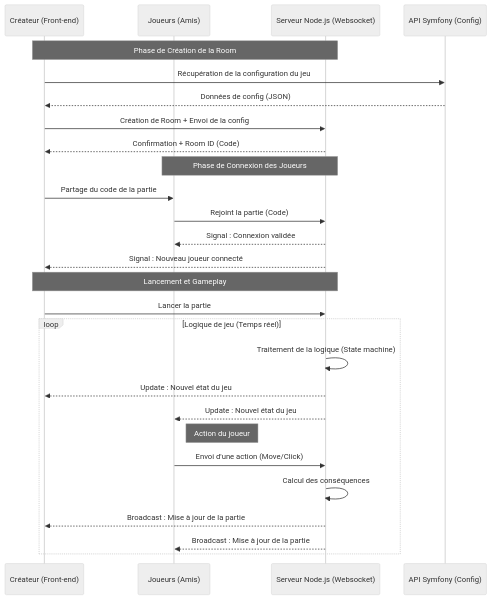
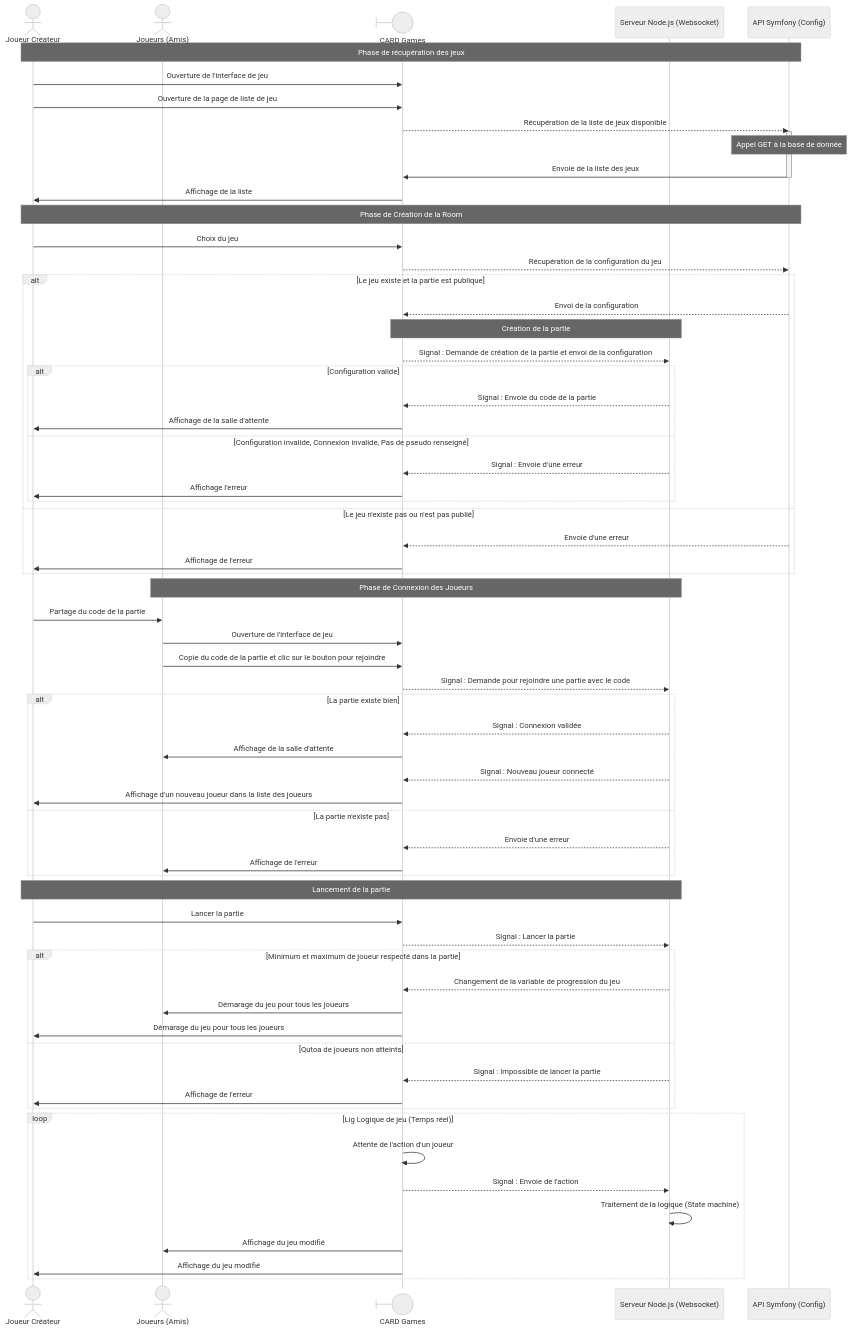
One commit to MeyDetour/CARDGames-front-end changed the diagram in player-app/README.md. Above: the diagram before and after it, drawn with Mermaid (neutral theme). The commit also changed 5 other files, not shown here.

Commit message:
feat: Enhance gameplay page structure, update card sorting functionality, and add Docker CI documentation (fixe #1)

````diff
--- a/player-app/README.md
+++ b/player-app/README.md
@@ -47,35 +47,70 @@
 ```mermaid
 sequenceDiagram
-    participant C as Créateur (Front-end)
-    participant J as Joueurs (Amis)
+    actor C as Joueur Créateur 
+    actor J as Joueurs (Amis)
+    participant CG@{"type" :"boundary"} as CARD Games 
     participant Node as Serveur Node.js (Websocket)
     participant Sym as API Symfony (Config)
+    Note over C, Sym: Phase de récupération des jeux
+    C->>CG:Ouverture de l'interface de jeu
+    C->>CG:Ouverture de la page de liste de jeu
+    CG-->>Sym: Récupération de la liste de jeux disponible
+    activate Sym
+    Note over Sym : Appel GET à la base de donnée
+    Sym->>CG : Envoie de la liste des jeux
+    deactivate Sym
+    CG->>C:Affichage de la liste 
+    Note over C, Sym: Phase de Création de la Room
+    C->>CG:Choix du jeu 
+    CG-->>Sym: Récupération de la configuration du jeu
+    alt Le jeu existe et la partie est publique
+        Sym-->>CG: Envoi de la configuration
+         Note over Node,CG: Création de la partie
 
-    Note over C, Node: Phase de Création de la Room
-    C->>Sym: Récupération de la configuration du jeu
-    Sym-->>C: Données de config (JSON)
-    C->>Node: Création de Room + Envoi de la config
-    Node-->>C: Confirmation + Room ID (Code)
-
+        CG-->>Node: Signal : Demande de création de la partie et envoi de la configuration
+        alt Configuration valide
+            Node-->>CG: Signal : Envoie du code de la partie
+            CG ->> C : Affichage de la salle d'attente
+        else Configuration invalide, Connexion invalide, Pas de pseudo renseigné
+            Node -->> CG : Signal : Envoie d'une erreur 
+            CG ->> C : Affichage l'erreur 
+        end
+    else Le jeu n'existe pas ou n'est pas publié
+        Sym -->> CG : Envoie d'une erreur 
+        CG ->> C : Affichage de l'erreur 
+    end
     Note over J, Node: Phase de Connexion des Joueurs
     C->>J: Partage du code de la partie
-    J->>Node: Rejoint la partie (Code)
-    Node-->>J: Signal : Connexion validée
-    Node-->>C: Signal : Nouveau joueur connecté
-
-    Note over C, Node: Lancement et Gameplay
-    C->>Node: Lancer la partie
-    
-    loop Logique de jeu (Temps réel)
+    J ->> CG : Ouverture de l'interface de jeu
+    J ->> CG : Copie du code de la partie et clic sur le bouton pour rejoindre
+    CG-->>Node: Signal : Demande pour rejoindre une partie avec le code
+    alt La partie existe bien 
+        Node-->>CG: Signal : Connexion validée
+        CG ->> J : Affichage de la salle d'attente
+        Node-->>CG: Signal : Nouveau joueur connecté
+        CG->>C: Affichage d'un nouveau joueur dans la liste des joueurs
+    else La partie n'existe pas
+        Node -->> CG : Envoie d'une erreur
+        CG ->> J : Affichage de l'erreur
+    end
+    Note over C, Node: Lancement de la partie
+    C->>CG: Lancer la partie
+    CG -->> Node : Signal : Lancer la partie
+    alt Minimum et maximum de joueur respecté dans la partie
+        Node-->>CG : Changement de la variable de progression du jeu
+        CG ->> J : Démarage du jeu pour tous les joueurs    
+        CG ->> C : Démarage du jeu pour tous les joueurs      
+    else Qutoa de joueurs non atteints
+        Node-->> CG : Signal : Impossible de lancer la partie
+        CG ->> C : Affichage de l'erreur
+    end
+    loop Lig Logique de jeu (Temps réel)
+        CG ->> CG : Attente de l'action d'un joueur
+        CG -->> Node : Signal : Envoie de l'action
         Node->>Node: Traitement de la logique (State machine)
-        Node-->>C: Update : Nouvel état du jeu
-        Node-->>J: Update : Nouvel état du jeu
+        CG ->> J : Affichage du jeu modifié
+        CG ->> C : Affichage du jeu modifié 
         
-        Note right of J: Action du joueur
-        J->>Node: Envoi d'une action (Move/Click)
-        Node->>Node: Calcul des conséquences
-        Node-->>C: Broadcast : Mise à jour de la partie
-        Node-->>J: Broadcast : Mise à jour de la partie
     end
 
 ```
````
